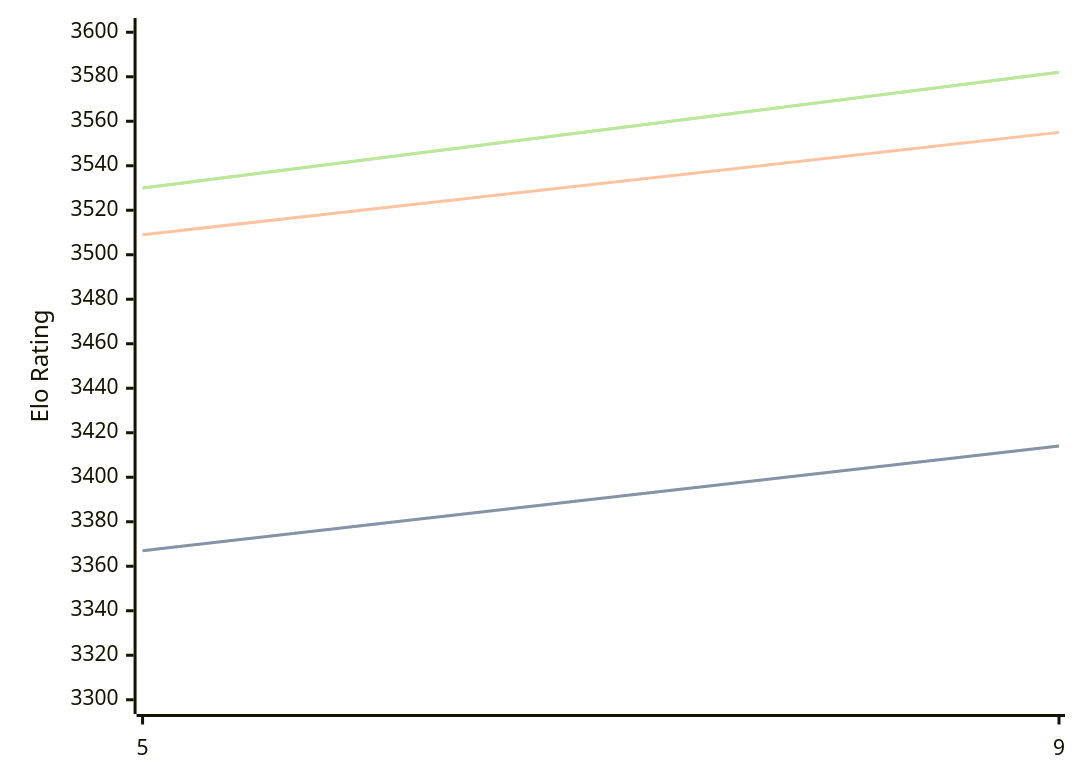
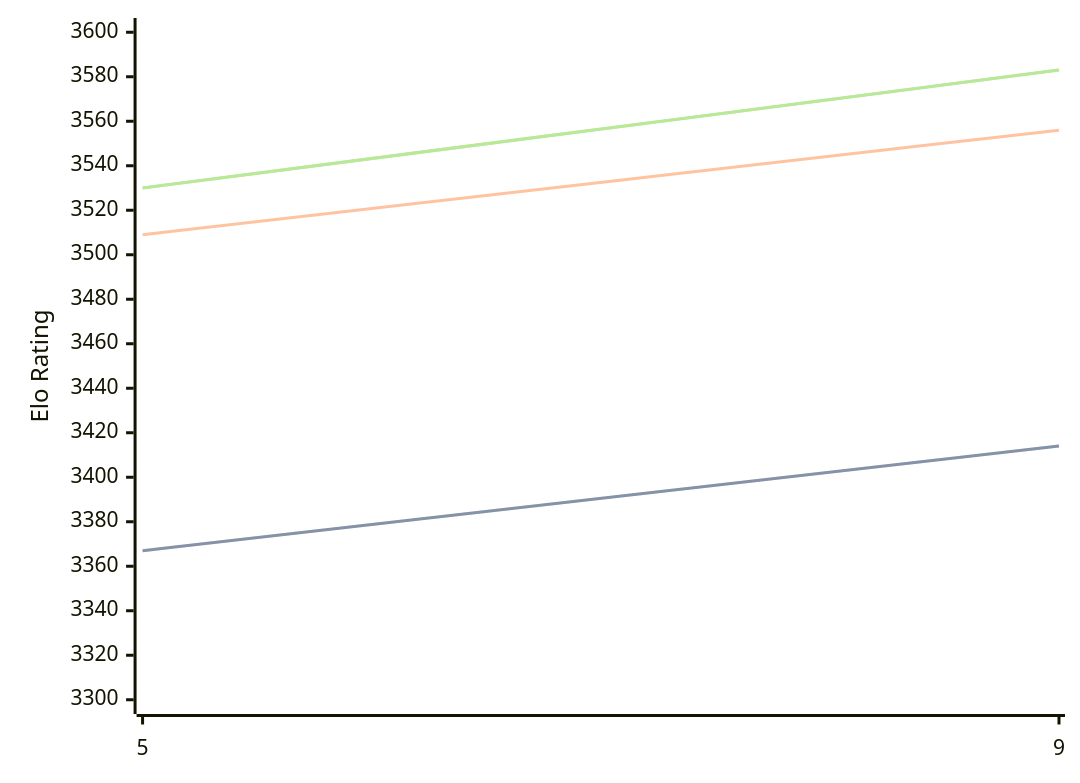
Before and after one commit to computer-chess-index/cci: the diagram in engines/Crystal.md, drawn with Mermaid. The commit also changed other lines of this file, not shown here.

Commit message:
Update CCI Ratings (ELO VLTC) - 2026-08-05

````diff
--- a/engines/Crystal.md
+++ b/engines/Crystal.md
@@ -60,11 +60,11 @@
 ```mermaid
 %%{init: {"theme":"base","themeVariables":{"seriesColors:['#a3a3a3','#222221','#faa371']}}}%%
 xychart-beta
   x-axis ["5", "9"]
   y-axis "Elo Rating" 3300 --> 3600
   line "STC (8.0+0.08s)" [3367, 3414]
   line "STC (8.0+0.08s)" [3367, 3414]
-  line "LTC (60.0+0.60s)" [3509, 3555]
-  line "VLTC (2m24s+1.12s)" [3530, 3582]
-  line "VLTC (2m24s+1.12s)" [3530, 3582]
+  line "LTC (60.0+0.60s)" [3509, 3556]
+  line "VLTC (2m24s+1.12s)" [3530, 3583]
+  line "VLTC (2m24s+1.12s)" [3530, 3583]
 ```
````
